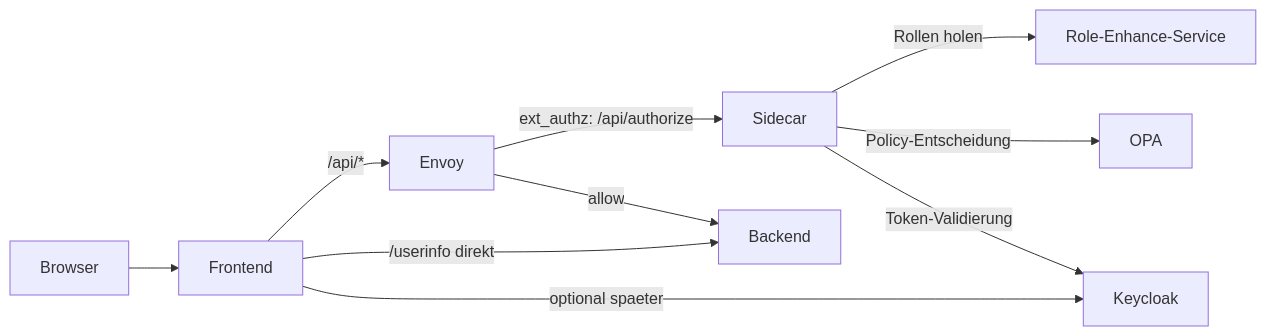
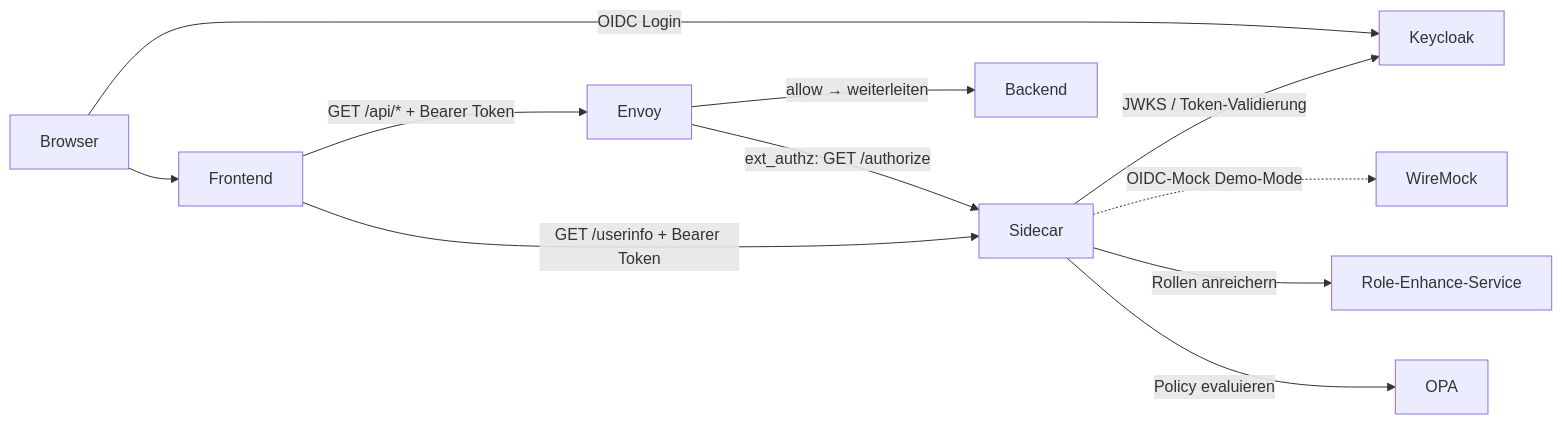
One commit to maatini/sidecar-demo changed the diagram in README.md. Above: the diagram before and after it, drawn with Mermaid. The commit also changed other lines of this file, not shown here.

Commit message:
docs: update architecture diagram and explanation for the sidecar authentication flow

````diff
--- a/README.md
+++ b/README.md
@@ -28,15 +28,15 @@
 ```mermaid
 flowchart LR
+    Browser -->|OIDC Login| Keycloak
     Browser --> Frontend
 
-    Frontend -->|/api/*| Envoy
-    Envoy -->|ext_authz: /api/authorize| Sidecar
-    Sidecar -->|Rollen holen| RoleService[Role-Enhance-Service]
-    Sidecar -->|Policy-Entscheidung| OPA
-    Envoy -->|allow| Backend
+    Frontend -->|"GET /api/* + Bearer Token"| Envoy
+    Envoy -->|"ext_authz: GET /authorize"| Sidecar
+    Sidecar -->|"JWKS / Token-Validierung"| Keycloak
+    Sidecar -.->|"OIDC-Mock Demo-Mode"| WireMock
+    Sidecar -->|"Rollen anreichern"| RoleService[Role-Enhance-Service]
+    Sidecar -->|"Policy evaluieren"| OPA
+    Envoy -->|"allow → weiterleiten"| Backend
 
-    Frontend -->|/userinfo direkt| Backend
-
-    Frontend -->|optional spaeter| Keycloak
-    Sidecar -->|Token-Validierung| Keycloak
+    Frontend -->|"GET /userinfo + Bearer Token"| Sidecar
 ```
````
